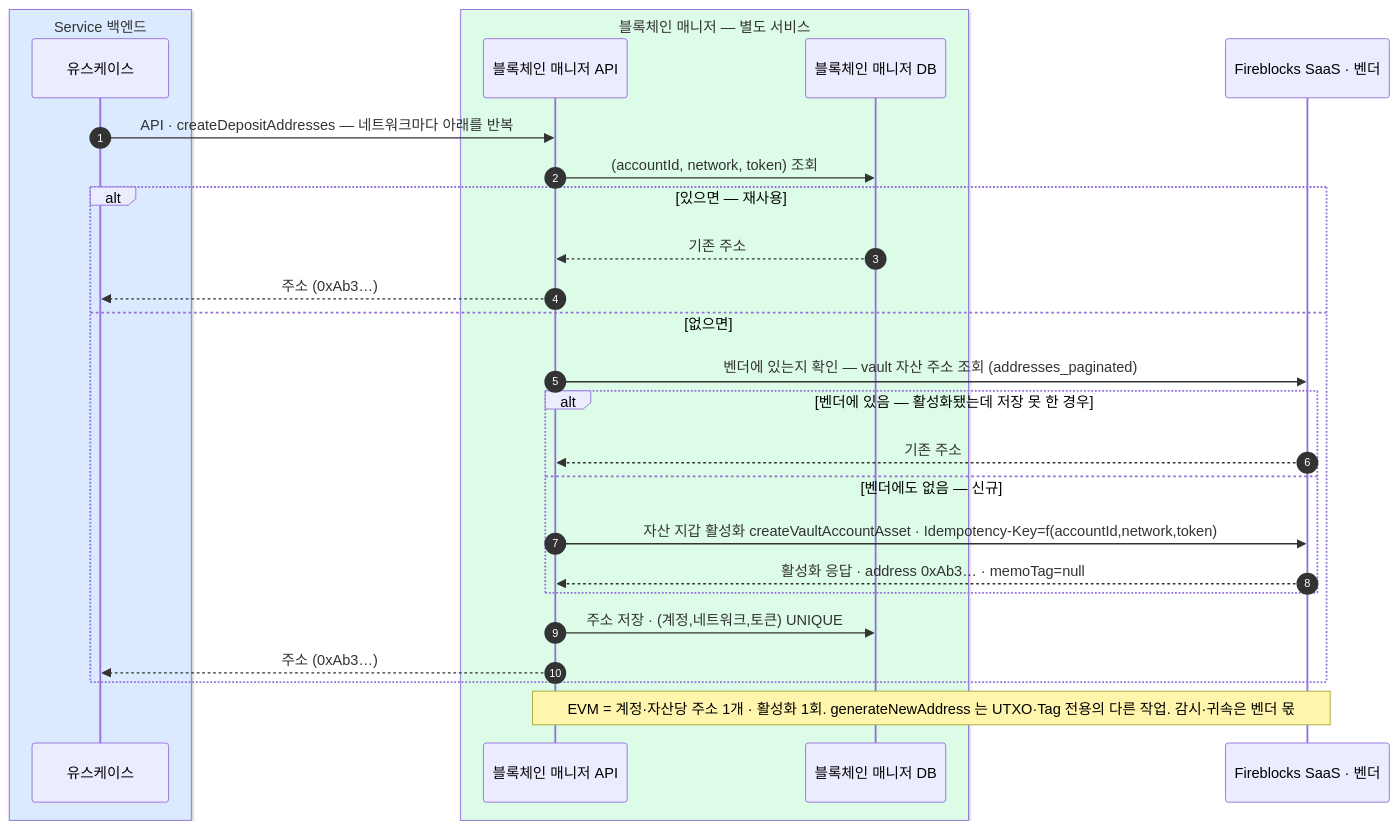
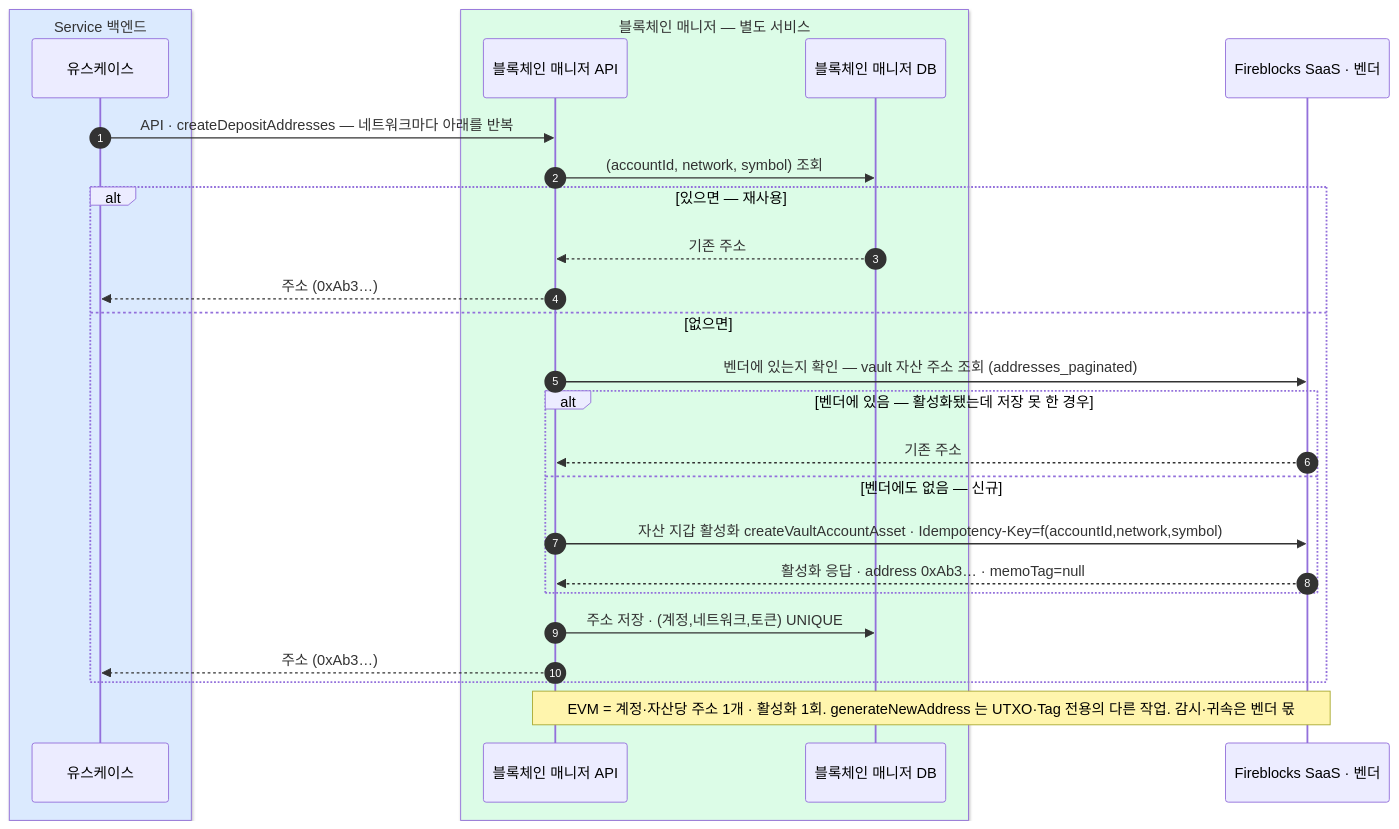
The diagram in blockchain-manager/docs/블록체인매니저/설계/02-issue-deposit-address.md (eunsujeo/eunpus), drawn with Mermaid before and after one commit. The commit also changed other lines of this file and 16 other files, not shown here.

First line of the commit message:
자산 필드 이름을 symbol 로 통일 — token 은 뜻이 셋이라 못 쓴다 (0.3.0)

````diff
--- a/blockchain-manager/docs/블록체인매니저/설계/02-issue-deposit-address.md
+++ b/blockchain-manager/docs/블록체인매니저/설계/02-issue-deposit-address.md
@@ -17,30 +17,30 @@
 ```mermaid
 sequenceDiagram
     autonumber
     box rgb(219,234,254) Service 백엔드
     participant BE as 유스케이스
     end
     box rgb(220,252,231) 블록체인 매니저 — 별도 서비스
     participant BM as 블록체인 매니저 API
     participant MDB as 블록체인 매니저 DB
     end
     participant FB as Fireblocks SaaS · 벤더
 
     BE->>BM: API · createDepositAddresses — 네트워크마다 아래를 반복
-    BM->>MDB: (accountId, network, token) 조회
+    BM->>MDB: (accountId, network, symbol) 조회
     alt 있으면 — 재사용
         MDB-->>BM: 기존 주소
         BM-->>BE: 주소 (0xAb3…)
     else 없으면
         BM->>FB: 벤더에 있는지 확인 — vault 자산 주소 조회 (addresses_paginated)
         alt 벤더에 있음 — 활성화됐는데 저장 못 한 경우
             FB-->>BM: 기존 주소
         else 벤더에도 없음 — 신규
-            BM->>FB: 자산 지갑 활성화 createVaultAccountAsset · Idempotency-Key=f(accountId,network,token)
+            BM->>FB: 자산 지갑 활성화 createVaultAccountAsset · Idempotency-Key=f(accountId,network,symbol)
             FB-->>BM: 활성화 응답 · address 0xAb3… · memoTag=null
         end
         BM->>MDB: 주소 저장 · (계정,네트워크,토큰) UNIQUE
         BM-->>BE: 주소 (0xAb3…)
     end
     Note over BM,FB: EVM = 계정·자산당 주소 1개 · 활성화 1회. generateNewAddress 는 UTXO·Tag 전용의 다른 작업. 감시·귀속은 벤더 몫
 ```
````
